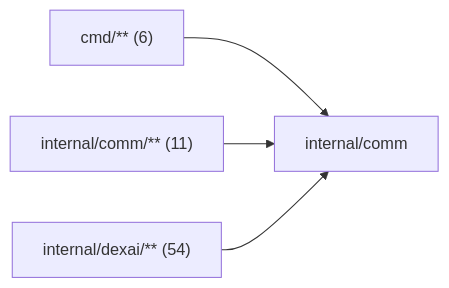
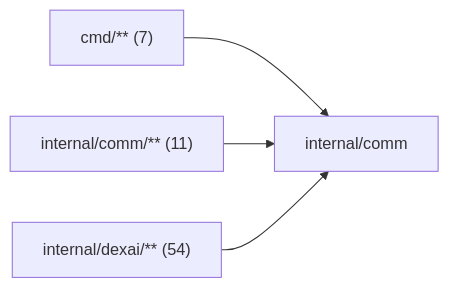
One commit to superdurable/superverse changed the diagram in internal/comm/README.md. Above: the diagram before and after it, drawn with Mermaid. The commit also changed other lines of this file and 1 other file, not shown here.

Commit message:
DEXAIDAEMON: Start the Codex daemon when dexai finds none
Source-Commit: 599c32ca7b9471711b32e08df6ae456abda66dd7

````diff
--- a/internal/comm/README.md
+++ b/internal/comm/README.md
@@ -10,7 +10,7 @@
 ```mermaid
 flowchart LR
   self["internal/comm"]
-  c0["cmd/** (6)"] --> self
+  c0["cmd/** (7)"] --> self
   c1["internal/comm/** (11)"] --> self
   c2["internal/dexai/** (54)"] --> self
 ```
````
